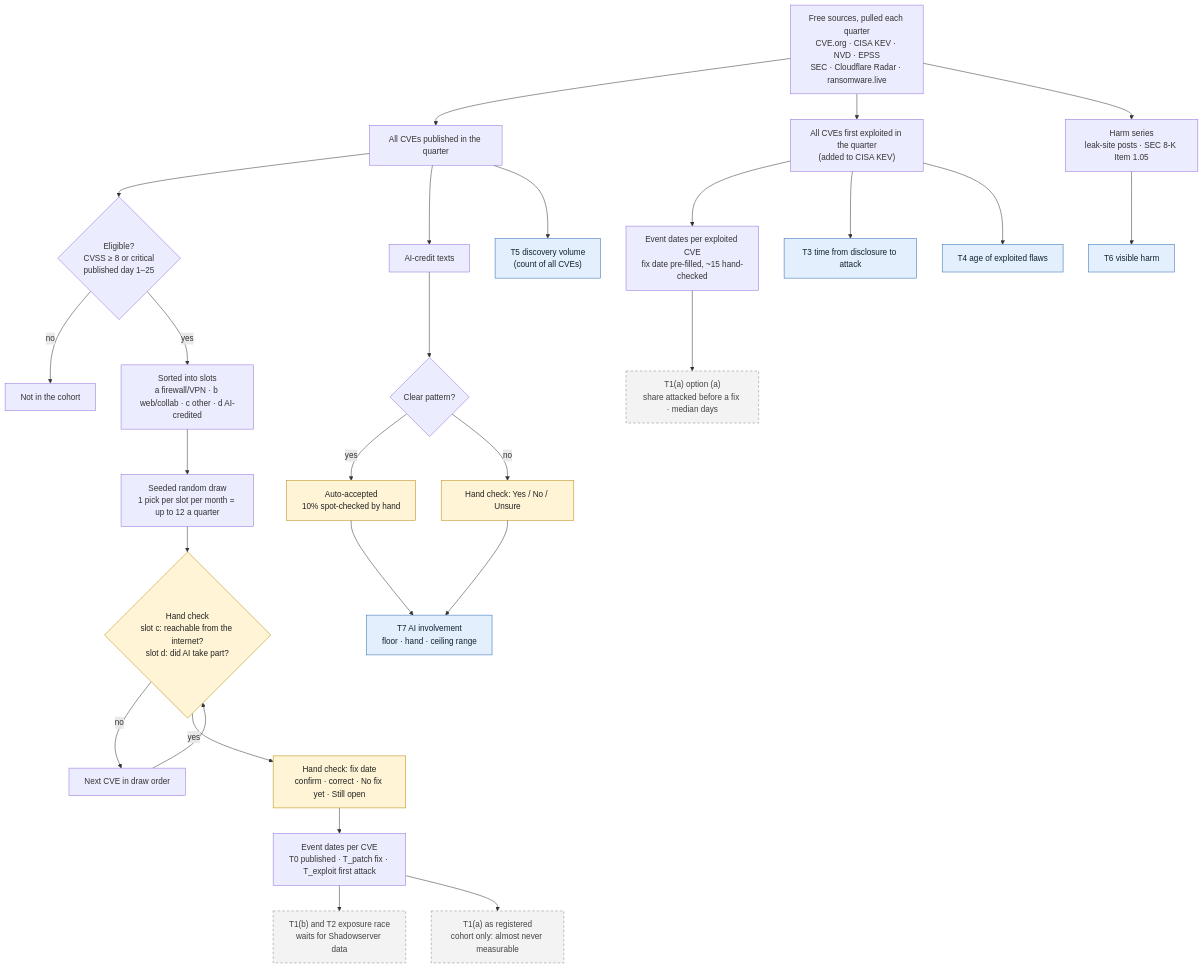
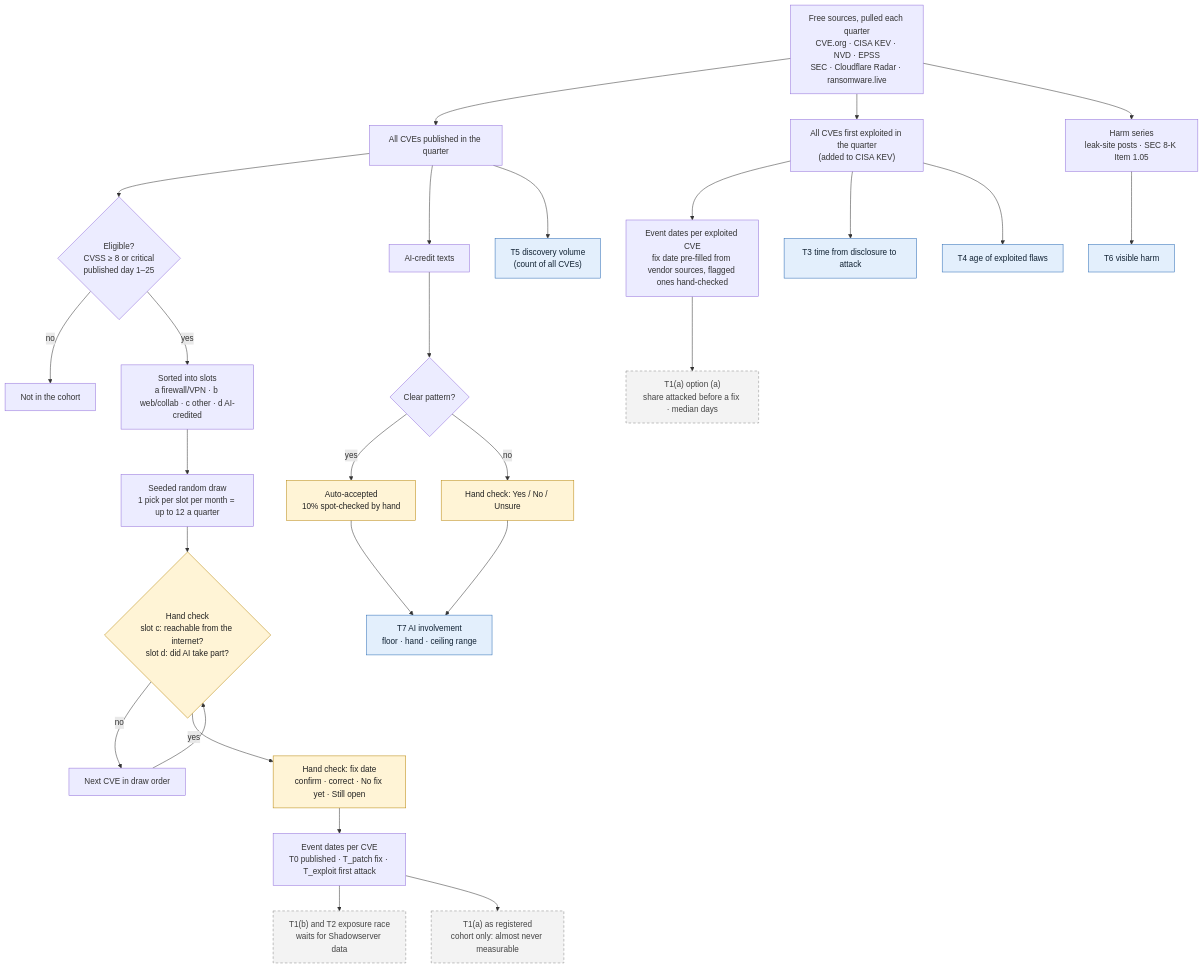
Before and after one commit to pagagne/internet-security-snapshot: the diagram in docs/diagrams/evaluation_flow.mmd, drawn with Mermaid. The commit also changed 3 other files, not shown here.

First line of the commit message:
Diagrams: corrected option (a) figures and fix-date wording

```diff
--- a/docs/diagrams/evaluation_flow.mmd
+++ b/docs/diagrams/evaluation_flow.mmd
@@ -1,36 +1,36 @@
 flowchart TD
   SRC["Free sources, pulled each quarter<br/>CVE.org · CISA KEV · NVD · EPSS<br/>SEC · Cloudflare Radar · ransomware.live"]
   SRC --> ALL["All CVEs published in the quarter"]
   SRC --> KEV["All CVEs first exploited in the quarter<br/>(added to CISA KEV)"]
   SRC --> HARM["Harm series<br/>leak-site posts · SEC 8-K Item 1.05"]
 
   ALL --> ELIG{"Eligible?<br/>CVSS ≥ 8 or critical<br/>published day 1–25"}
   ELIG -- no --> OUT["Not in the cohort"]
   ELIG -- yes --> SLOT["Sorted into slots<br/>a firewall/VPN · b web/collab · c other · d AI-credited"]
   SLOT --> DRAW["Seeded random draw<br/>1 pick per slot per month = up to 12 a quarter"]
   DRAW --> HC1{"Hand check<br/>slot c: reachable from the internet?<br/>slot d: did AI take part?"}
   HC1 -- no --> NEXT["Next CVE in draw order"] --> HC1
   HC1 -- yes --> FIX["Hand check: fix date<br/>confirm · correct · No fix yet · Still open"]
 
   ALL --> CRED["AI-credit texts"] --> AUTO{"Clear pattern?"}
   AUTO -- yes --> ACC["Auto-accepted<br/>10% spot-checked by hand"]
   AUTO -- no --> HC2["Hand check: Yes / No / Unsure"]
   ACC --> T7["T7 AI involvement<br/>floor · hand · ceiling range"]
   HC2 --> T7
 
   FIX --> EV["Event dates per CVE<br/>T0 published · T_patch fix · T_exploit first attack"]
-  KEV --> EV2["Event dates per exploited CVE<br/>fix date pre-filled, ~15 hand-checked"]
+  KEV --> EV2["Event dates per exploited CVE<br/>fix date pre-filled from vendor sources, flagged ones hand-checked"]
   EV --> T1B["T1(b) and T2 exposure race<br/>waits for Shadowserver data"]
   EV --> T1REG["T1(a) as registered<br/>cohort only: almost never measurable"]
   EV2 --> T1A["T1(a) option (a)<br/>share attacked before a fix · median days"]
   KEV --> T3["T3 time from disclosure to attack"]
   KEV --> T4["T4 age of exploited flaws"]
   HARM --> T6["T6 visible harm"]
   ALL --> T5["T5 discovery volume<br/>(count of all CVEs)"]
 
   classDef hand fill:#fff4d6,stroke:#b8860b,color:#222
   classDef open fill:#f3f3f3,stroke:#888,stroke-dasharray:5 4,color:#444
   classDef measure fill:#e3effc,stroke:#2a6bb5,color:#123
   class HC1,FIX,HC2,ACC hand
   class T1REG,T1A,T1B open
   class T3,T4,T5,T6,T7 measure
```
